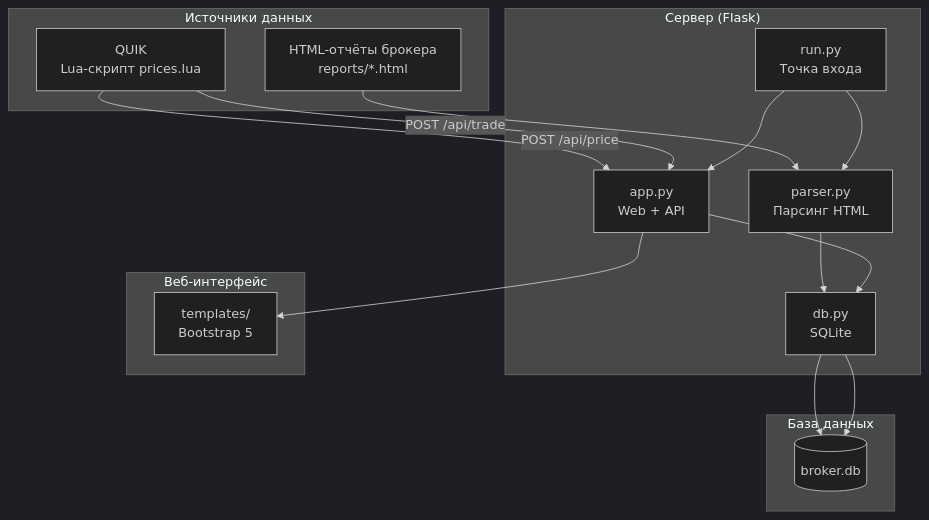
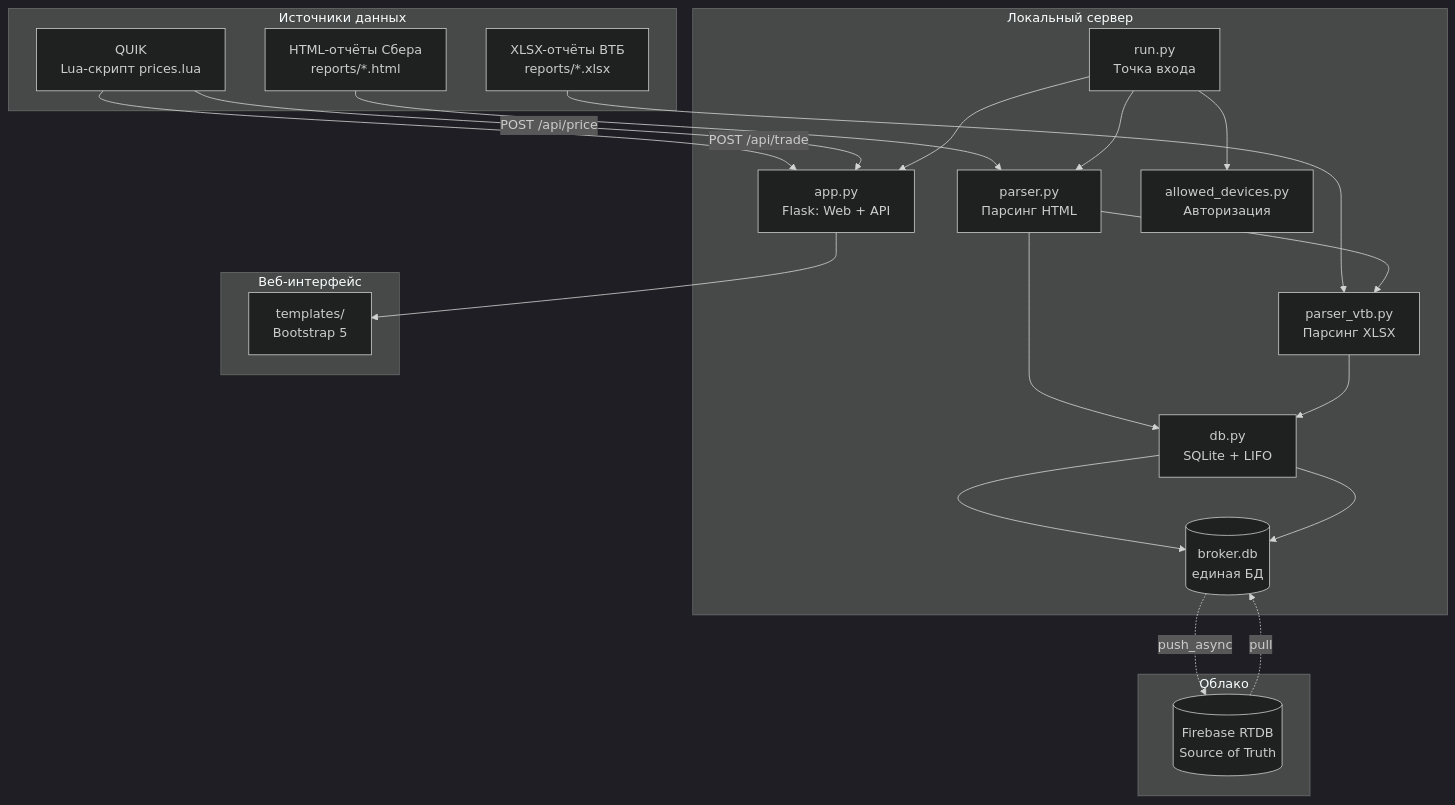
Before and after one commit to rvkstudent/broker_report: the diagram in ARCHITECTURE.md, drawn with Mermaid (dark theme). The commit also changed other lines of this file and 77 other files, not shown here.

First line of the commit message:
рхитектура: единая таблица trade для всех сделок (включая QUIK), Firebase source of truth, async push

````diff
--- a/ARCHITECTURE.md
+++ b/ARCHITECTURE.md
@@ -5,30 +5,37 @@
 ```mermaid
 flowchart TB
     subgraph "Источники данных"
-        A[HTML-отчёты брокера<br/>reports/*.html]
+        A[HTML-отчёты Сбера<br/>reports/*.html]
+        A2[XLSX-отчёты ВТБ<br/>reports/*.xlsx]
         B[QUIK<br/>Lua-скрипт prices.lua]
     end
 
-    subgraph "Сервер (Flask)"
+    subgraph "Локальный сервер"
         C[run.py<br/>Точка входа]
-        D[app.py<br/>Web + API]
+        D[app.py<br/>Flask: Web + API]
         E[parser.py<br/>Парсинг HTML]
-        F[db.py<br/>SQLite]
+        E2[parser_vtb.py<br/>Парсинг XLSX]
+        F[db.py<br/>SQLite + LIFO]
+        G[(broker.db<br/>единая БД)]
+        Auth[allowed_devices.py<br/>Авторизация]
     end
 
-    subgraph "База данных"
-        G[(broker.db)]
+    subgraph "Облако"
+        FB[(Firebase RTDB<br/>Source of Truth)]
     end
 
     subgraph "Веб-интерфейс"
         H[templates/<br/>Bootstrap 5]
     end
 
     A --> E --> F --> G
+    A2 --> E2 --> F --> G
+    B -->|POST /api/trade| D
     B -->|POST /api/price| D
-    B -->|POST /api/trade| D
-    D --> F --> G
-    C --> D
-    C --> E
-    D --> H
+    C --> D --> H
+    C --> E --> E2
+    C --> Auth
+
+    G -.->|push_async| FB
+    FB -.->|pull| G
 ```
````
